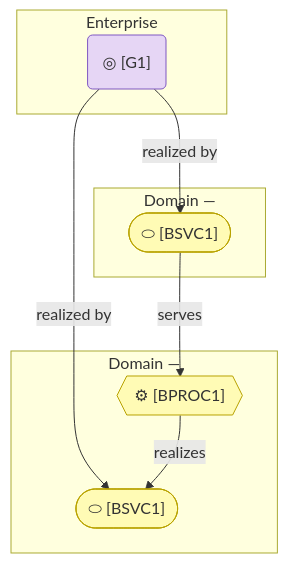
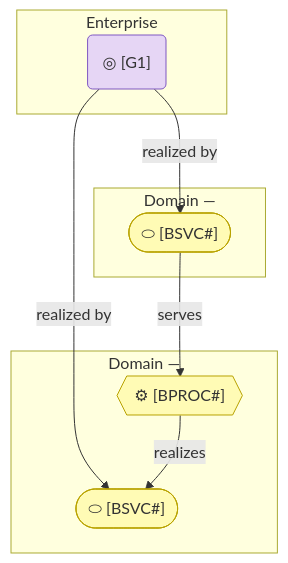
One commit to roanboc/archreator changed the diagram in plugins/archreator/scaffold/architecture/domains/README.md. Above: the diagram before and after it, drawn with Mermaid. The commit also changed 9 other files, not shown here.

````diff
--- a/plugins/archreator/scaffold/architecture/domains/README.md
+++ b/plugins/archreator/scaffold/architecture/domains/README.md
@@ -134,23 +134,23 @@
 ```mermaid
 flowchart TB
   subgraph ENT["Enterprise"]
     goal("◎ <What the whole organization is for> [G1]"):::motivation
   end
 
   subgraph D1["Domain — <name>"]
-    d1svc(["⬭ <Exposed service> [BSVC1]"]):::business
+    d1svc(["⬭ <Exposed service> [BSVC#]"]):::business
   end
 
   subgraph D2["Domain — <name>"]
-    d2svc(["⬭ <Exposed service> [BSVC1]"]):::business
-    d2proc{{"⚙ <Internal — not exposed> [BPROC1]"}}:::business
+    d2svc(["⬭ <Exposed service> [BSVC#]"]):::business
+    d2proc{{"⚙ <Internal — not exposed> [BPROC#]"}}:::business
   end
 
   goal -->|realized by| d1svc
   goal -->|realized by| d2svc
   d1svc -->|serves| d2proc
   d2proc -->|realizes| d2svc
 
   classDef motivation fill:#e6d6f5,stroke:#7e57c2,color:#333
   classDef business fill:#fffbb5,stroke:#b8a200,color:#333
 ```
````
